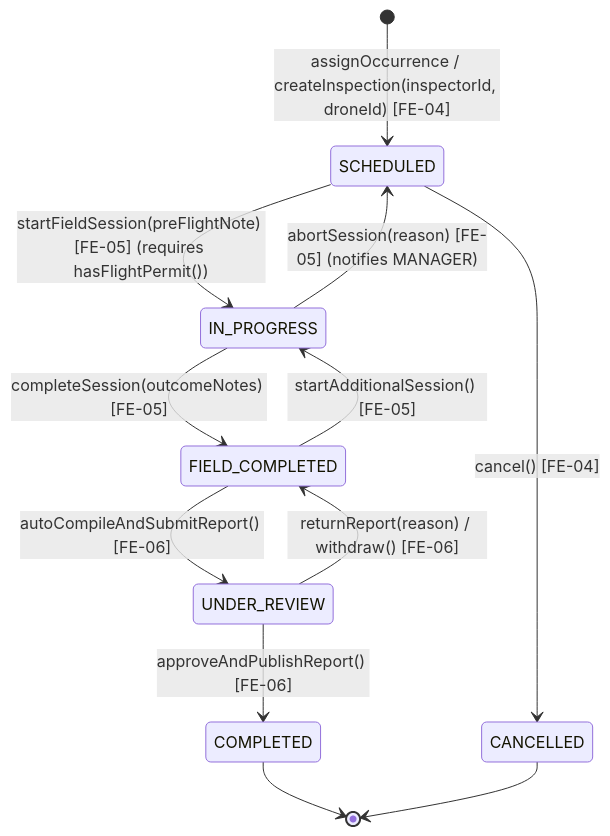
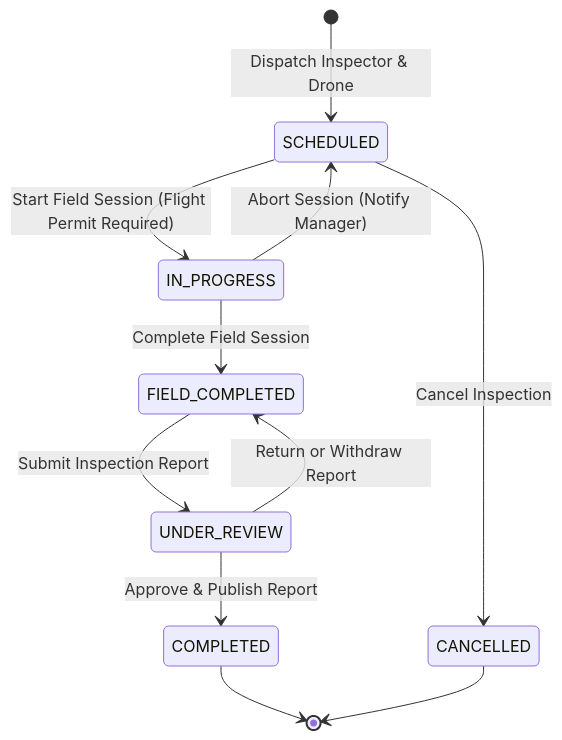
One commit to josecerejo/SmartDroneInspection-Docs changed the third of 5 diagrams in reports/report-4-software-design-document/02-database-design.md. Above: the diagram before and after it, drawn with Mermaid. The commit also changed other lines of this file and 205 other files, not shown here.

First line of the commit message:
docs(reports): synchronize Report 1-5 changes, update diagrams, and clean exports (#88)

````diff
--- a/reports/report-4-software-design-document/02-database-design.md
+++ b/reports/report-4-software-design-document/02-database-design.md
@@ -689,16 +150,15 @@
 ```mermaid
-%% title: Inspection, FieldSession and InspectionReport State Machine Diagram
+%% title: Inspection and Field Session State Machine Diagram
 stateDiagram-v2
   direction TB
-  [*] --> SCHEDULED : assignOccurrence / createInspection(inspectorId, droneId) [FE-04]
-  SCHEDULED --> IN_PROGRESS : startFieldSession(preFlightNote) [FE-05] (requires hasFlightPermit())
-  IN_PROGRESS --> SCHEDULED : abortSession(reason) [FE-05] (notifies MANAGER)
-  IN_PROGRESS --> FIELD_COMPLETED : completeSession(outcomeNotes) [FE-05]
-  FIELD_COMPLETED --> IN_PROGRESS : startAdditionalSession() [FE-05]
-  FIELD_COMPLETED --> UNDER_REVIEW : autoCompileAndSubmitReport() [FE-06]
-  UNDER_REVIEW --> FIELD_COMPLETED : returnReport(reason) / withdraw() [FE-06]
-  UNDER_REVIEW --> COMPLETED : approveAndPublishReport() [FE-06]
-  SCHEDULED --> CANCELLED : cancel() [FE-04]
+  [*] --> SCHEDULED : Dispatch Inspector & Drone
+  SCHEDULED --> IN_PROGRESS : Start Field Session (Flight Permit Required)
+  IN_PROGRESS --> SCHEDULED : Abort Session (Notify Manager)
+  IN_PROGRESS --> FIELD_COMPLETED : Complete Field Session
+  FIELD_COMPLETED --> UNDER_REVIEW : Submit Inspection Report
+  UNDER_REVIEW --> FIELD_COMPLETED : Return or Withdraw Report
+  UNDER_REVIEW --> COMPLETED : Approve & Publish Report
+  SCHEDULED --> CANCELLED : Cancel Inspection
   COMPLETED --> [*]
   CANCELLED --> [*]
 ```
````
